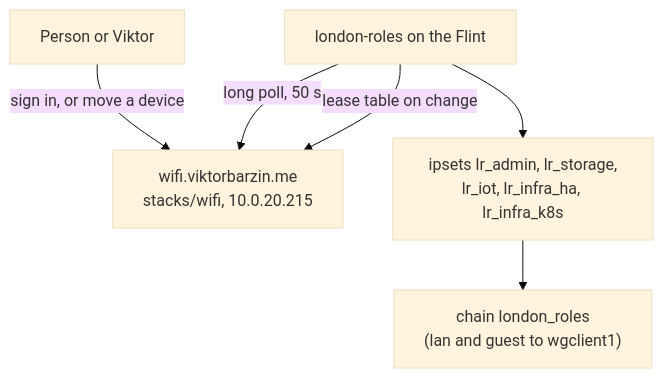
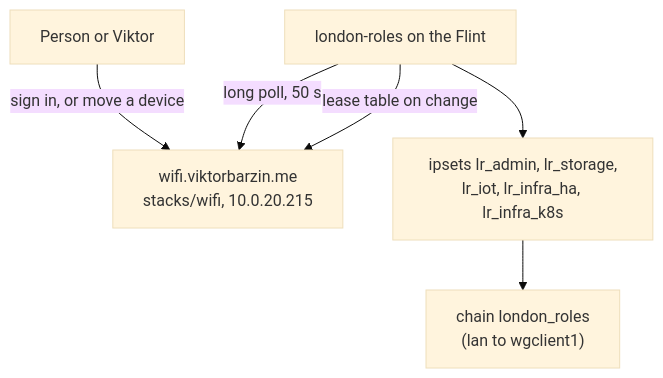
Before and after one commit to ViktorBarzin/infra: the second of 2 diagrams in docs/architecture/london-site.md, drawn with Mermaid (base theme). The commit also changed other lines of this file and 5 other files, not shown here.

First line of the commit message:
London: one Wi-Fi network; guest and admin SSIDs merged

````diff
--- a/docs/architecture/london-site.md
+++ b/docs/architecture/london-site.md
@@ -88,8 +88,8 @@
 ```mermaid
 flowchart TD
   person[Person or Viktor] -->|"sign in, or move a device"| app["wifi.viktorbarzin.me<br/>stacks/wifi, 10.0.20.215"]
   agent["london-roles on the Flint"] -->|"long poll, 50 s"| app
   agent -->|"lease table on change"| app
   agent --> sets["ipsets lr_admin, lr_storage,<br/>lr_iot, lr_infra_ha, lr_infra_k8s"]
-  sets --> chain["chain london_roles<br/>(lan and guest to wgclient1)"]
+  sets --> chain["chain london_roles<br/>(lan to wgclient1)"]
 ```
````
